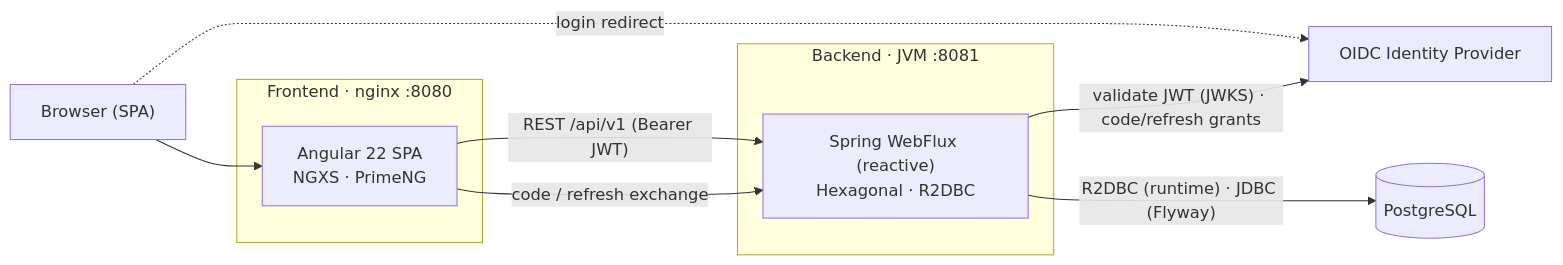
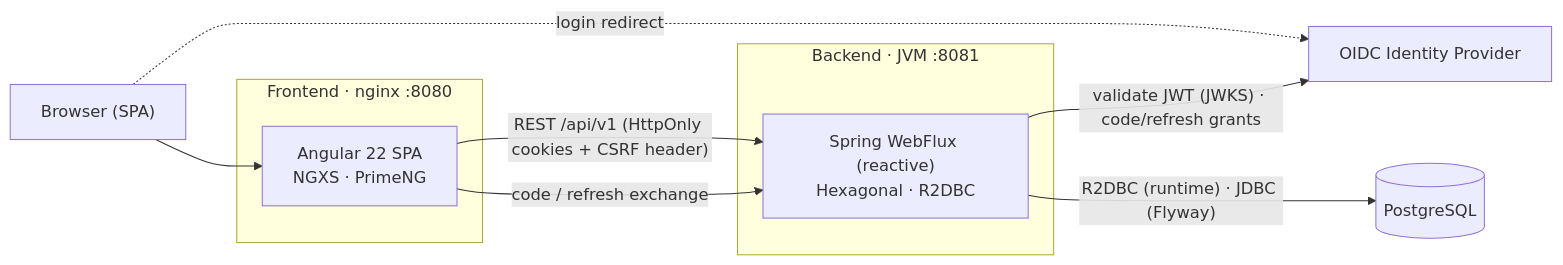
The diagram in documentation/registry/technical/index.md (laucoin/Documentations), drawn with Mermaid before and after one commit. The commit also changed other lines of this file and 10 other files, not shown here.

````diff
--- a/documentation/registry/technical/index.md
+++ b/documentation/registry/technical/index.md
@@ -9,19 +9,19 @@
 ```mermaid
 flowchart LR
     Browser["Browser (SPA)"]
     subgraph Frontend["Frontend · nginx :8080"]
       SPA["Angular 22 SPA<br/>NGXS · PrimeNG"]
     end
     subgraph Backend["Backend · JVM :8081"]
       API["Spring WebFlux (reactive)<br/>Hexagonal · R2DBC"]
     end
     IdP["OIDC Identity Provider"]
     DB[("PostgreSQL")]
 
     Browser --> SPA
-    SPA -- "REST /api/v1 (Bearer JWT)" --> API
+    SPA -- "REST /api/v1 (HttpOnly cookies + CSRF header)" --> API
     Browser -. "login redirect" .-> IdP
     SPA -- "code / refresh exchange" --> API
     API -- "validate JWT (JWKS) · code/refresh grants" --> IdP
     API -- "R2DBC (runtime) · JDBC (Flyway)" --> DB
 ```
````
